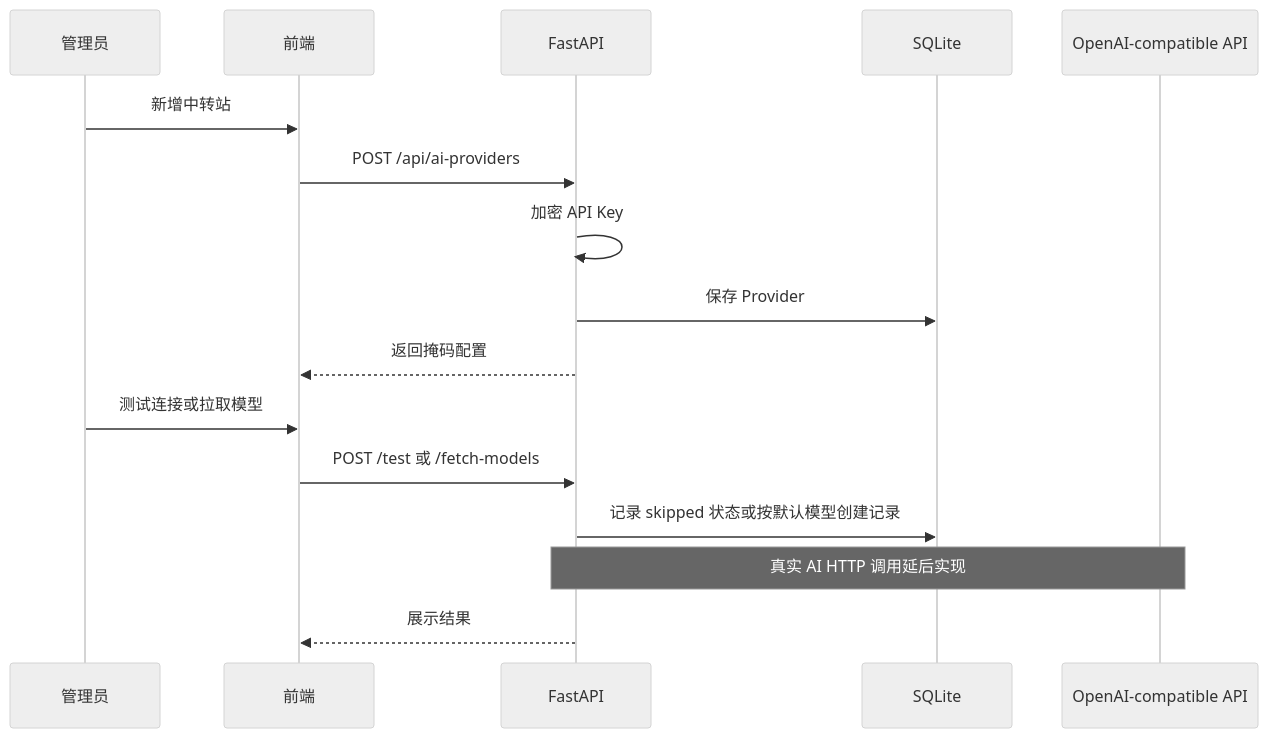
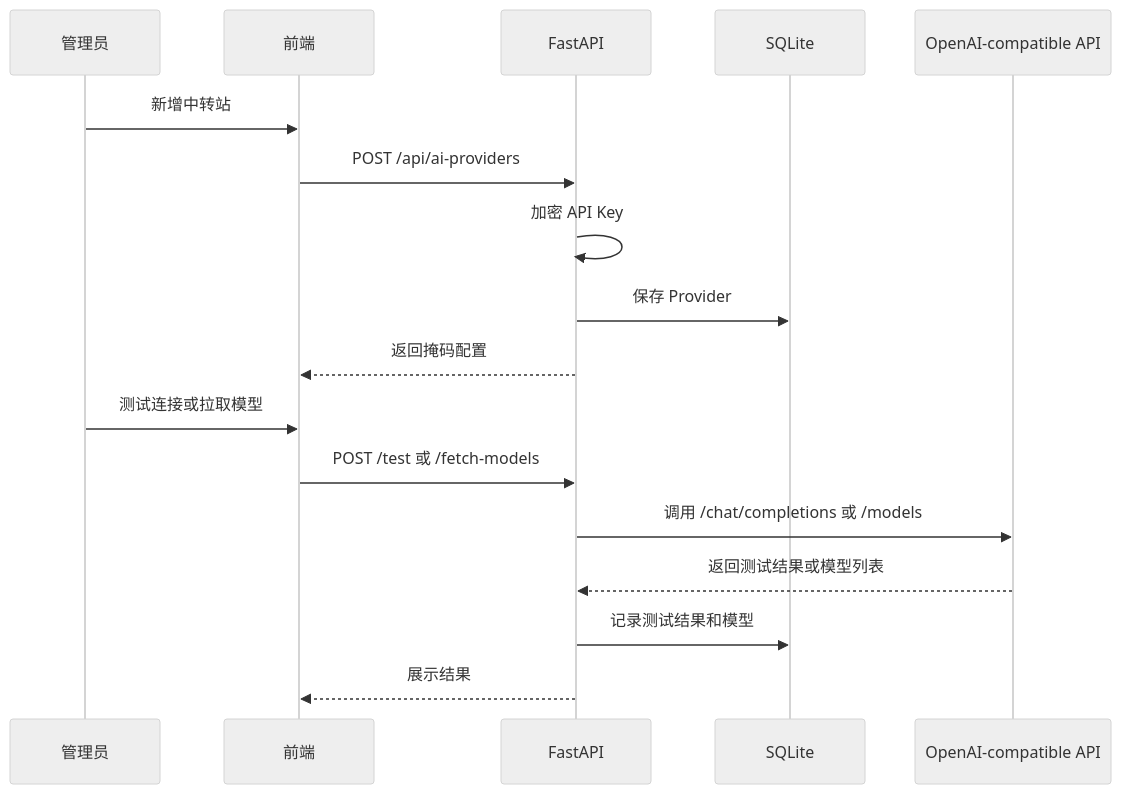
Before and after one commit to a67164614/ai-agent-ssh: the second of 5 diagrams in docs/需求/Milestone-1-基础面板/architecture.md, drawn with Mermaid (neutral theme). The commit also changed other lines of this file and 27 other files, not shown here.

````diff
--- a/docs/需求/Milestone-1-基础面板/architecture.md
+++ b/docs/需求/Milestone-1-基础面板/architecture.md
@@ -52,18 +52,19 @@
 ```mermaid
 sequenceDiagram
   participant U as 管理员
   participant F as 前端
   participant B as FastAPI
   participant DB as SQLite
   participant AI as OpenAI-compatible API
   U->>F: 新增中转站
   F->>B: POST /api/ai-providers
   B->>B: 加密 API Key
   B->>DB: 保存 Provider
   B-->>F: 返回掩码配置
   U->>F: 测试连接或拉取模型
   F->>B: POST /test 或 /fetch-models
-  B->>DB: 记录 skipped 状态或按默认模型创建记录
-  Note over B,AI: 真实 AI HTTP 调用延后实现
+  B->>AI: 调用 /chat/completions 或 /models
+  AI-->>B: 返回测试结果或模型列表
+  B->>DB: 记录测试结果和模型
   B-->>F: 展示结果
 ```
````
